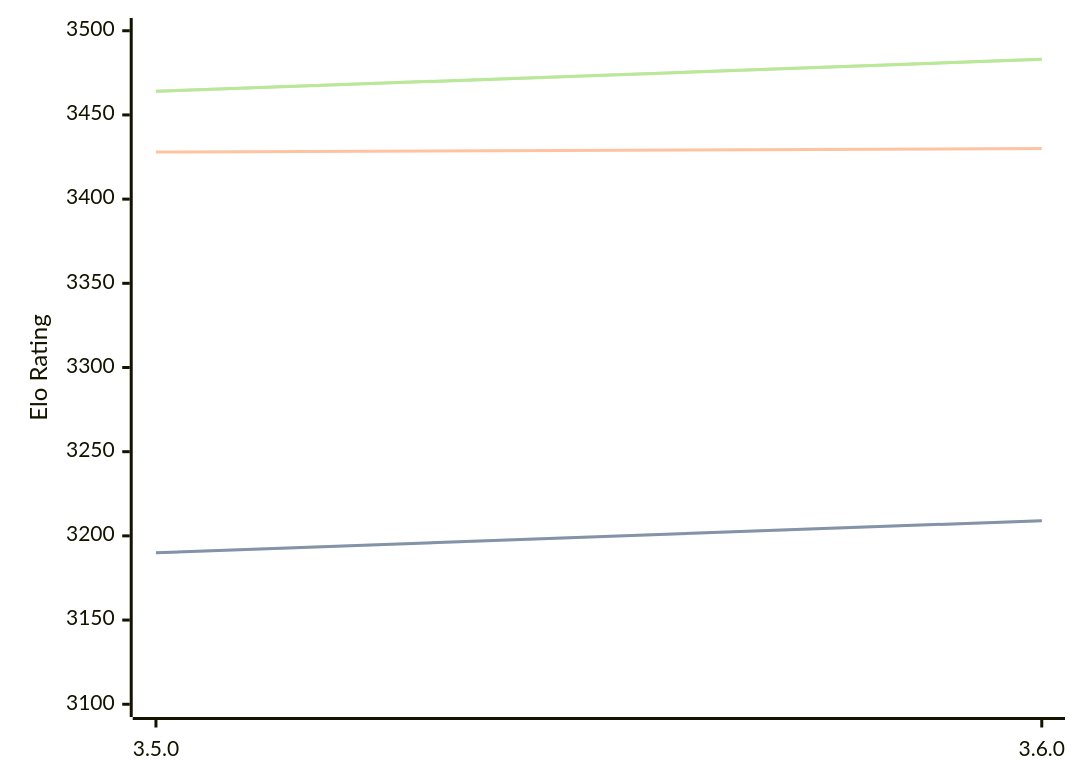
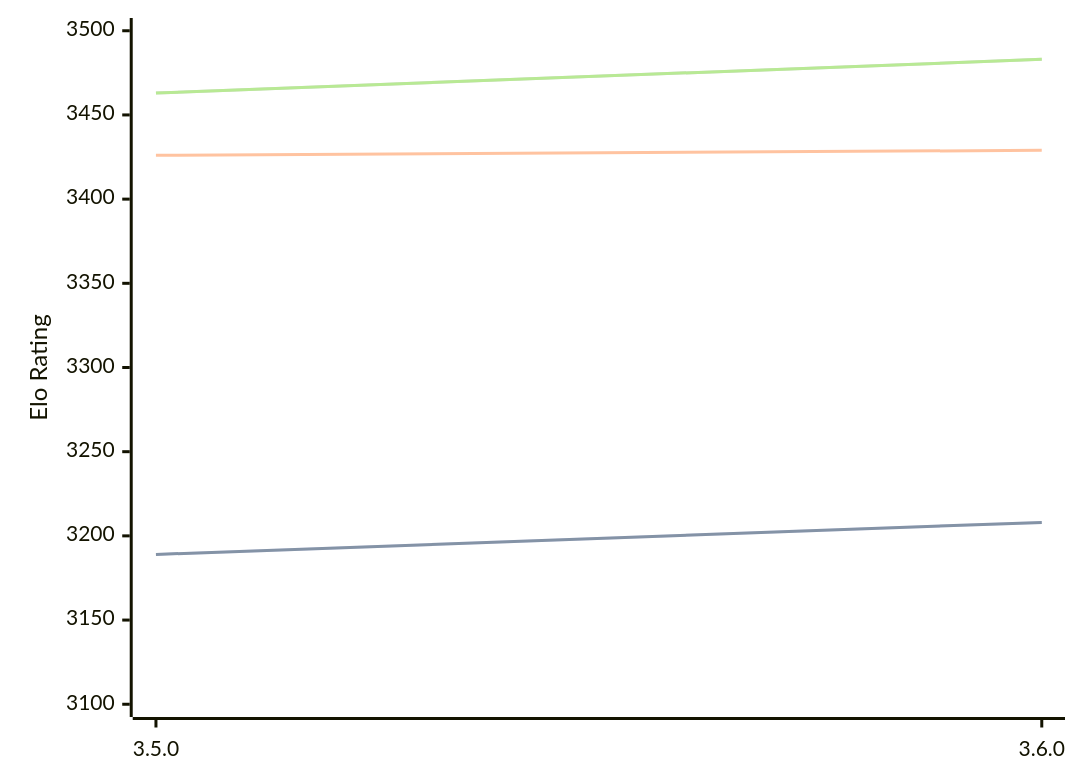
One commit to computer-chess-index/cci changed the diagram in engines/Igel.md. Above: the diagram before and after it, drawn with Mermaid. The commit also changed other lines of this file, not shown here.

Commit message:
Update CCI Ratings (ELO VLTC) - 2026-03-23

````diff
--- a/engines/Igel.md
+++ b/engines/Igel.md
@@ -68,11 +68,11 @@
 ```mermaid
 %%{init: {"theme":"base","themeVariables":{"seriesColors:['#a3a3a3','#222221','#faa371']}}}%%
 xychart-beta
   x-axis ["3.5.0", "3.6.0"]
   y-axis "Elo Rating" 3100 --> 3500
-  line "STC (8.0+0.08s)" [3190, 3209]
-  line "STC (8.0+0.08s)" [3190, 3209]
-  line "LTC (60.0+0.60s)" [3428, 3430]
-  line "VLTC (2m24s+1.12s)" [3464, 3483]
-  line "VLTC (2m24s+1.12s)" [3464, 3483]
+  line "STC (8.0+0.08s)" [3189, 3208]
+  line "STC (8.0+0.08s)" [3189, 3208]
+  line "LTC (60.0+0.60s)" [3426, 3429]
+  line "VLTC (2m24s+1.12s)" [3463, 3483]
+  line "VLTC (2m24s+1.12s)" [3463, 3483]
 ```
````
